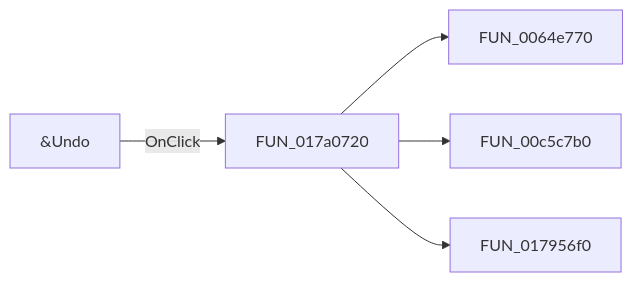
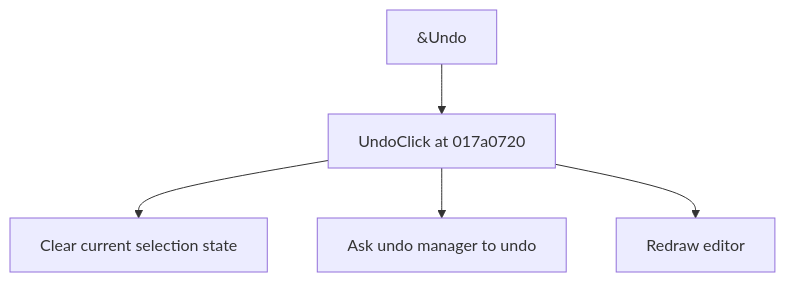
The diagram in docs/ui-controls/shapeedit/undo-1cc0de1ed2.md (MovGP0/TIARA), drawn with Mermaid before and after one commit. The commit also changed other lines of this file and 1062 other files, not shown here.

````diff
--- a/docs/ui-controls/shapeedit/undo-1cc0de1ed2.md
+++ b/docs/ui-controls/shapeedit/undo-1cc0de1ed2.md
@@ -27,7 +25,7 @@
 ```mermaid
-flowchart LR
-    control["&Undo"] -->|OnClick| handler["FUN_017a0720"]
-    handler --> call1["FUN_0064e770"]
-    handler --> call2["FUN_00c5c7b0"]
-    handler --> call3["FUN_017956f0"]
+flowchart TD
+    control["&Undo"] --> handler["UndoClick at 017a0720"]
+    handler --> step1["Clear current selection state"]
+    handler --> step2["Ask undo manager to undo"]
+    handler --> step3["Redraw editor"]
 ```
````
